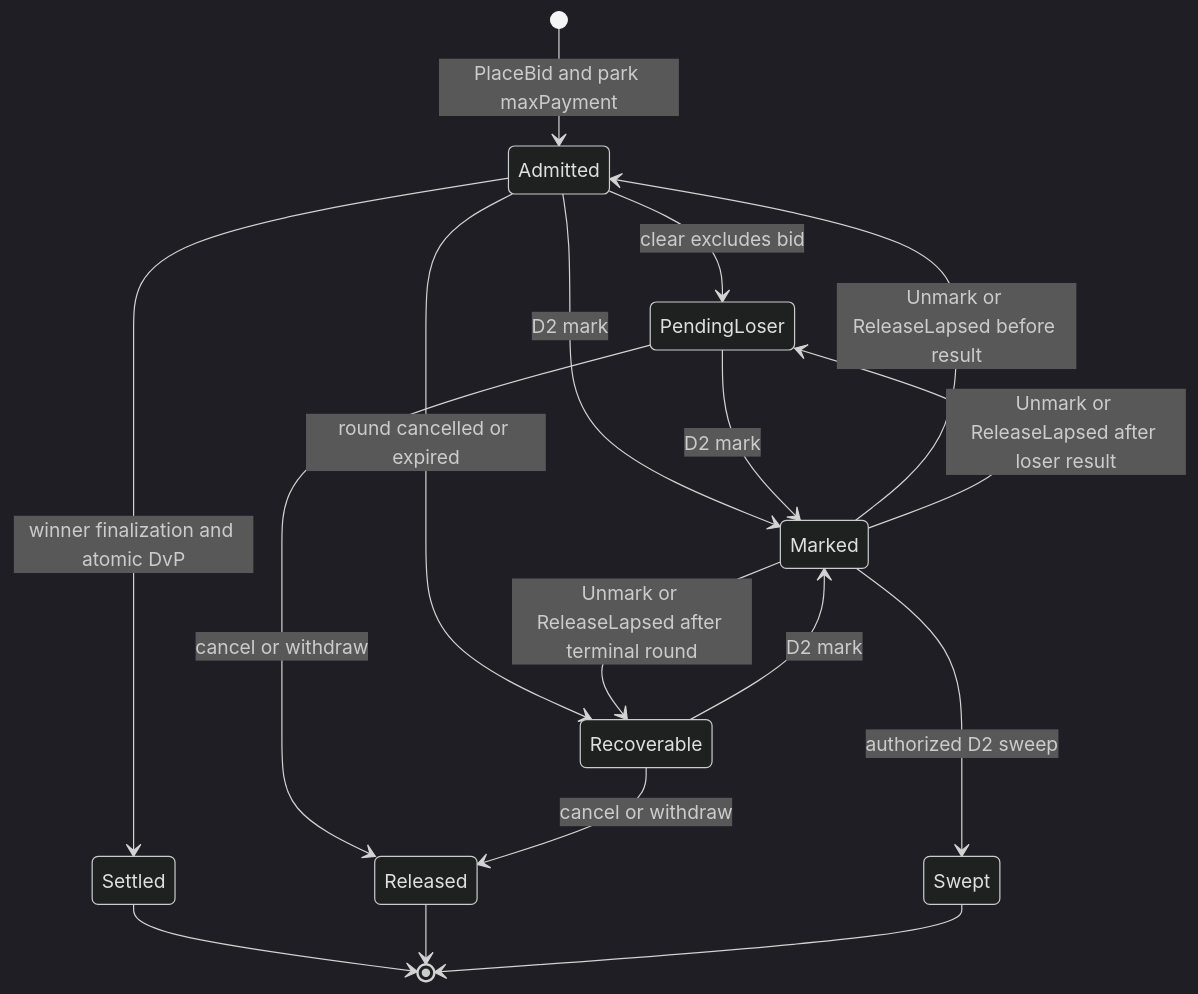
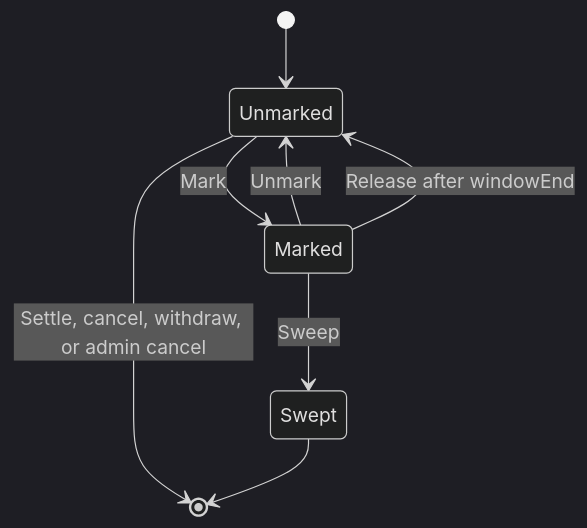
One commit to OpenZeppelin/canton-specs changed the third of 4 diagrams in docs/reference-architectures/confidential-auction.md. Above: the diagram before and after it, drawn with Mermaid (dark theme). The commit also changed other lines of this file, not shown here.

````diff
--- a/docs/reference-architectures/confidential-auction.md
+++ b/docs/reference-architectures/confidential-auction.md
@@ -740,19 +836,10 @@
 ```mermaid
 stateDiagram-v2
-    [*] --> Admitted: PlaceBid and park maxPayment
-    Admitted --> Settled: winner finalization and atomic DvP
-    Admitted --> PendingLoser: clear excludes bid
-    PendingLoser --> Released: cancel or withdraw
-    Admitted --> Recoverable: round cancelled or expired
-    Recoverable --> Released: cancel or withdraw
-    Admitted --> Marked: D2 mark
-    PendingLoser --> Marked: D2 mark
-    Recoverable --> Marked: D2 mark
-    Marked --> Admitted: Unmark or ReleaseLapsed before result
-    Marked --> PendingLoser: Unmark or ReleaseLapsed after loser result
-    Marked --> Recoverable: Unmark or ReleaseLapsed after terminal round
-    Marked --> Swept: authorized D2 sweep
-    Settled --> [*]
-    Released --> [*]
+    [*] --> Unmarked
+    Unmarked --> Marked: Mark
+    Marked --> Unmarked: Unmark
+    Marked --> Unmarked: Release after windowEnd
+    Marked --> Swept: Sweep
+    Unmarked --> [*]: Settle, cancel, withdraw, or admin cancel
     Swept --> [*]
 ```
````
